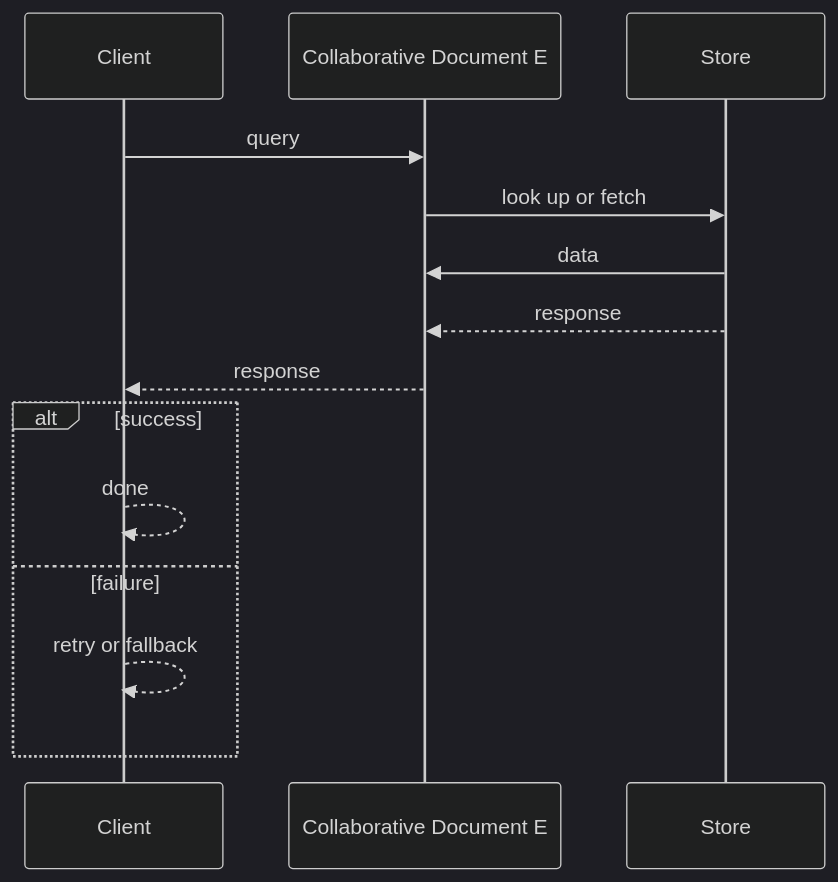
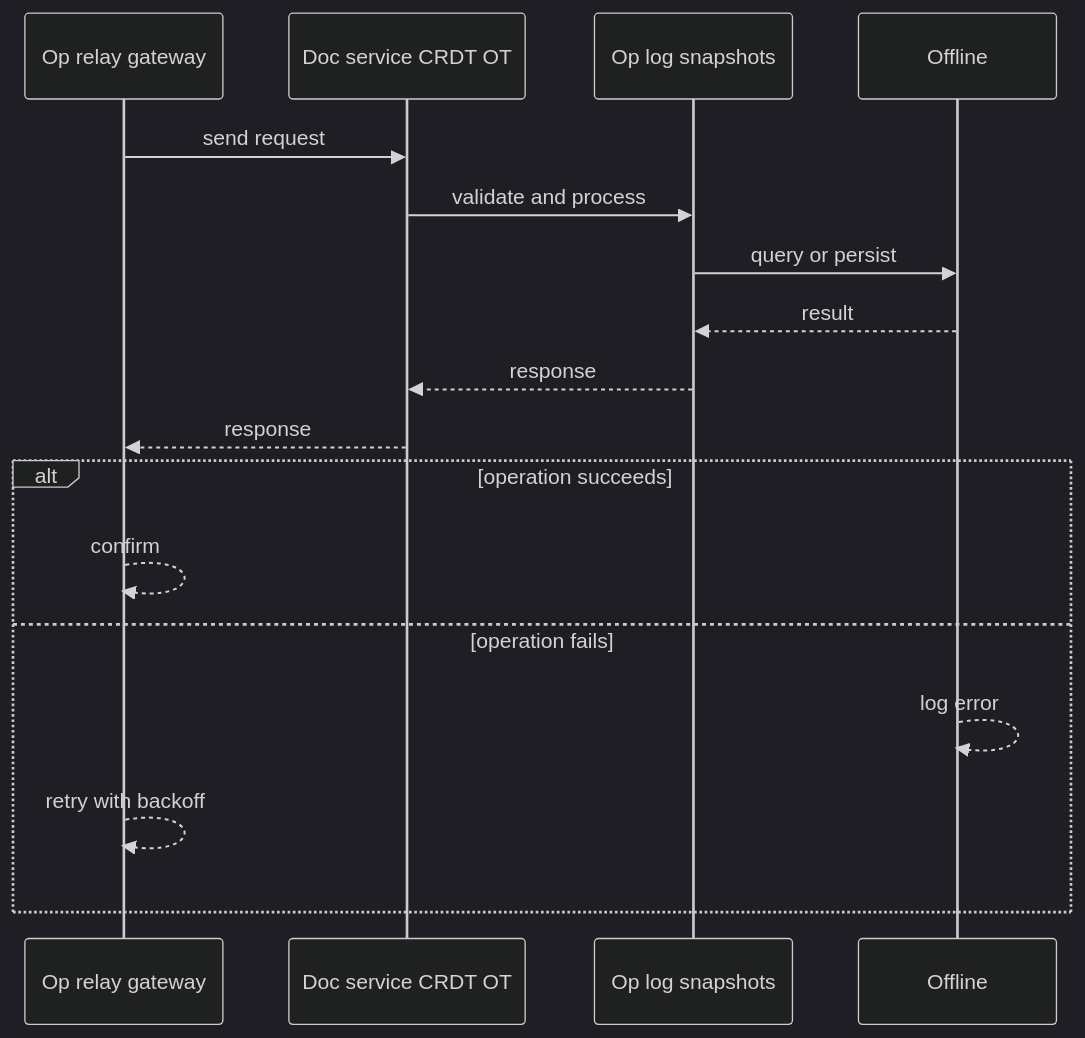
Before and after one commit to RIT-MESH/system-design-mastery: the second of 4 diagrams in case-studies/advanced/collaborative-document-editor.md, drawn with Mermaid (dark theme). The commit also changed other lines of this file and 64 other files, not shown here.

````diff
--- a/case-studies/advanced/collaborative-document-editor.md
+++ b/case-studies/advanced/collaborative-document-editor.md
@@ -76,17 +63,20 @@
 ```mermaid
 %% created-for: system-design-mastery
 sequenceDiagram
-  participant P0 as Client
-  participant P1 as Collaborative Document E
-  participant P2 as Store
-  P0 ->> P1: query
-  P1 ->> P2: look up or fetch
-  P2 ->> P1: data
-  P2 -->> P1: response
-  P1 -->> P0: response
-  alt success
-    P0 -->> P0: done
-  else failure
-    P0 -->> P0: retry or fallback
+  participant C0 as Op relay gateway
+  participant C1 as Doc service CRDT OT
+  participant C2 as Op log snapshots
+  participant C3 as Offline
+  C0 ->> C1: send request
+  C1 ->> C2: validate and process
+  C2 ->> C3: query or persist
+  C3 -->> C2: result
+  C2 -->> C1: response
+  C1 -->> C0: response
+  alt operation succeeds
+    C0 -->> C0: confirm
+  else operation fails
+    C3 -->> C3: log error
+    C0 -->> C0: retry with backoff
   end
 ```
````
